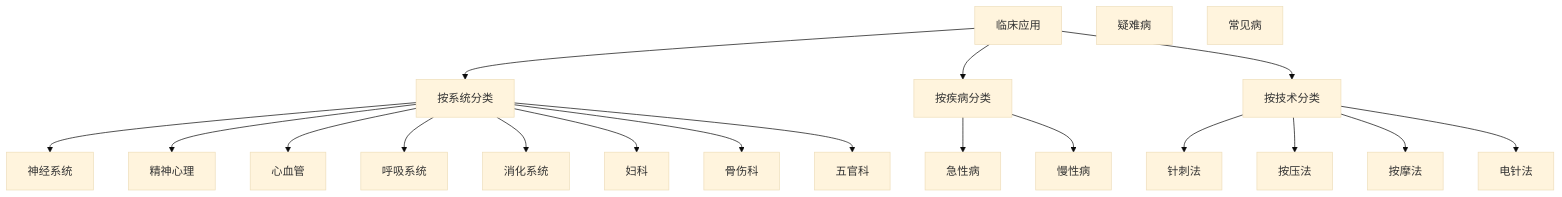
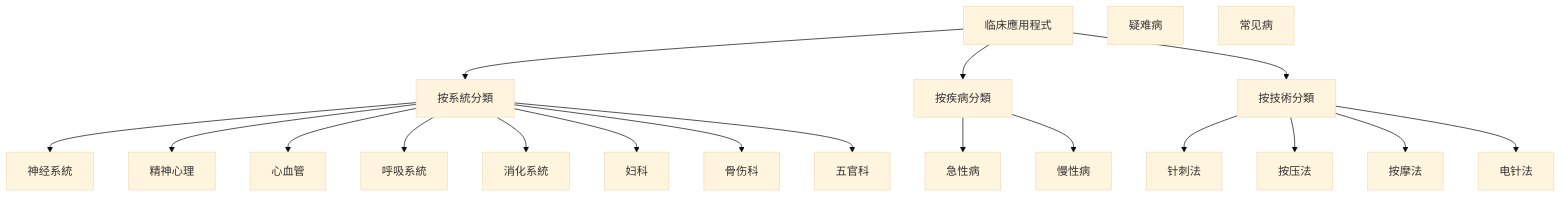
The third of 6 diagrams in 3 Resources/01-Tech/🏥 专业知识/耳穴知识库/耳穴知识库-优化版.md (kmjade/knowledge-value), drawn with Mermaid (base theme) before and after one commit. The commit also changed other lines of this file and 653 other files, not shown here.

````diff
--- a/3 Resources/01-Tech/🏥 专业知识/耳穴知识库/耳穴知识库-优化版.md
+++ b/3 Resources/01-Tech/🏥 专业知识/耳穴知识库/耳穴知识库-优化版.md
@@ -163,25 +163,25 @@
 ```mermaid
 graph TD
-    A[临床应用] --> B[按系统分类]
-    A --> C[按疾病分类]
-    A --> D[按技术分类]
+    A[临床應用程式] --> B[按系統分類]
+    A --> C[按疾病分類]
+    A --> D[按技術分類]
     
-    B --> B1[神经系统]
+    B --> B1[神经系統]
     B --> B2[精神心理]
     B --> B3[心血管]
-    B --> B4[呼吸系统]
-    B --> B5[消化系统]
+    B --> B4[呼吸系統]
+    B --> B5[消化系統]
     B --> B6[妇科]
     B --> B7[骨伤科]
     B --> B8[五官科]
     
     C --> C1[急性病]
     C --> C2[慢性病]
     C3[疑难病]
     C4[常见病]
     
     D --> D1[针刺法]
     D --> D2[按压法]
     D --> D3[按摩法]
     D --> D4[电针法]
 ```
````
